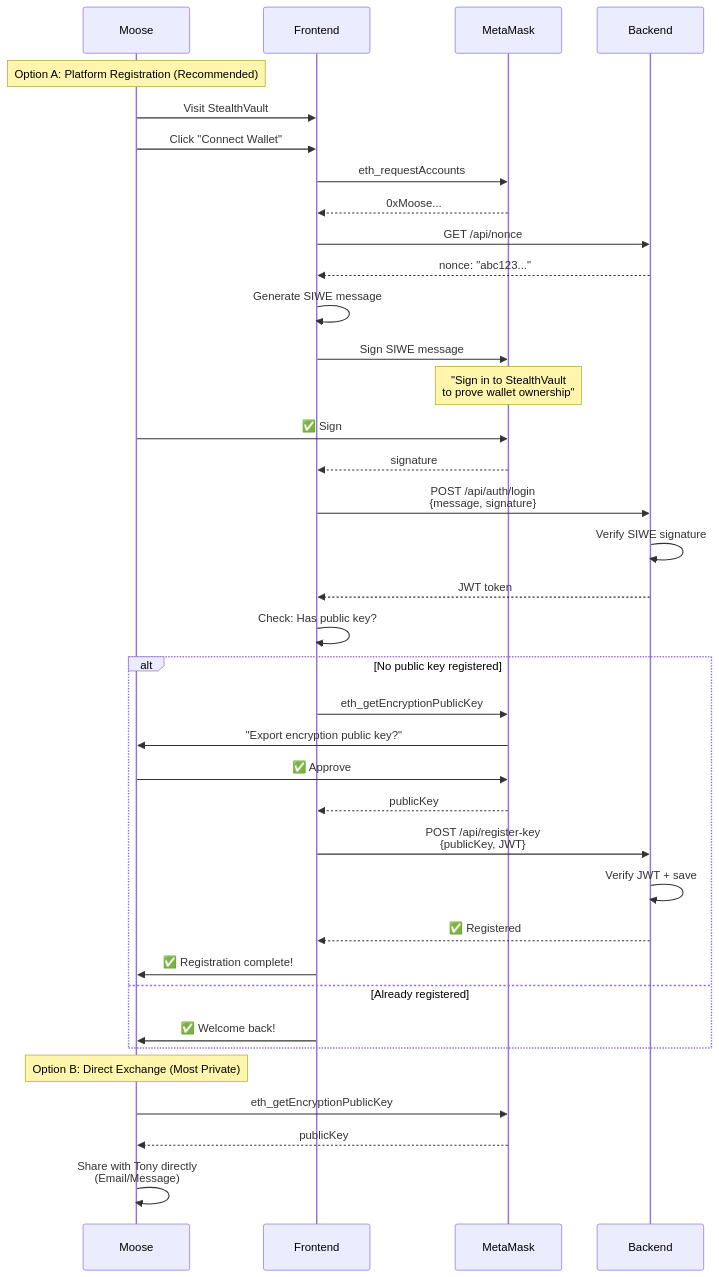
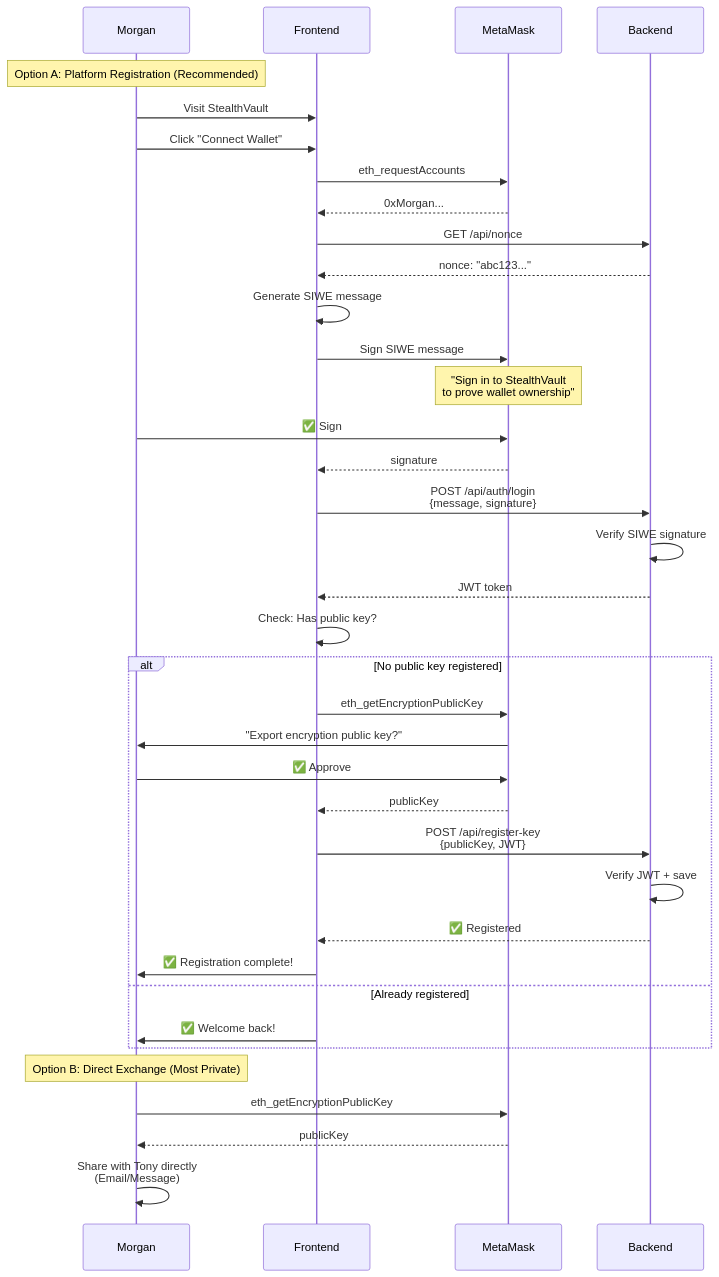
The second of 6 diagrams in docs/DESIGN.md (reliq-protocol/reliq), drawn with Mermaid before and after one commit. The commit also changed other lines of this file and 147 other files, not shown here.

````diff
--- a/docs/DESIGN.md
+++ b/docs/DESIGN.md
@@ -139,48 +139,48 @@
 ```mermaid
 sequenceDiagram
-    participant Moose
+    participant Morgan
     participant Frontend
     participant MetaMask
     participant Backend
     
-    Note over Moose: Option A: Platform Registration (Recommended)
+    Note over Morgan: Option A: Platform Registration (Recommended)
     
-    Moose->>Frontend: Visit StealthVault
-    Moose->>Frontend: Click "Connect Wallet"
+    Morgan->>Frontend: Visit StealthVault
+    Morgan->>Frontend: Click "Connect Wallet"
     Frontend->>MetaMask: eth_requestAccounts
-    MetaMask-->>Frontend: 0xMoose...
+    MetaMask-->>Frontend: 0xMorgan...
     
     Frontend->>Backend: GET /api/nonce
     Backend-->>Frontend: nonce: "abc123..."
     
     Frontend->>Frontend: Generate SIWE message
     Frontend->>MetaMask: Sign SIWE message
     Note over MetaMask: "Sign in to StealthVault<br/>to prove wallet ownership"
-    Moose->>MetaMask: ✅ Sign
+    Morgan->>MetaMask: ✅ Sign
     MetaMask-->>Frontend: signature
     
     Frontend->>Backend: POST /api/auth/login<br/>{message, signature}
     Backend->>Backend: Verify SIWE signature
     Backend-->>Frontend: JWT token
     
     Frontend->>Frontend: Check: Has public key?
     
     alt No public key registered
         Frontend->>MetaMask: eth_getEncryptionPublicKey
-        MetaMask->>Moose: "Export encryption public key?"
-        Moose->>MetaMask: ✅ Approve
+        MetaMask->>Morgan: "Export encryption public key?"
+        Morgan->>MetaMask: ✅ Approve
         MetaMask-->>Frontend: publicKey
         
         Frontend->>Backend: POST /api/register-key<br/>{publicKey, JWT}
         Backend->>Backend: Verify JWT + save
         Backend-->>Frontend: ✅ Registered
-        Frontend->>Moose: ✅ Registration complete!
+        Frontend->>Morgan: ✅ Registration complete!
     else Already registered
-        Frontend->>Moose: ✅ Welcome back!
+        Frontend->>Morgan: ✅ Welcome back!
     end
     
-    Note over Moose: Option B: Direct Exchange (Most Private)
-    Moose->>MetaMask: eth_getEncryptionPublicKey
-    MetaMask-->>Moose: publicKey
-    Moose->>Moose: Share with Tony directly<br/>(Email/Message)
+    Note over Morgan: Option B: Direct Exchange (Most Private)
+    Morgan->>MetaMask: eth_getEncryptionPublicKey
+    MetaMask-->>Morgan: publicKey
+    Morgan->>Morgan: Share with Tony directly<br/>(Email/Message)
 ```
````
